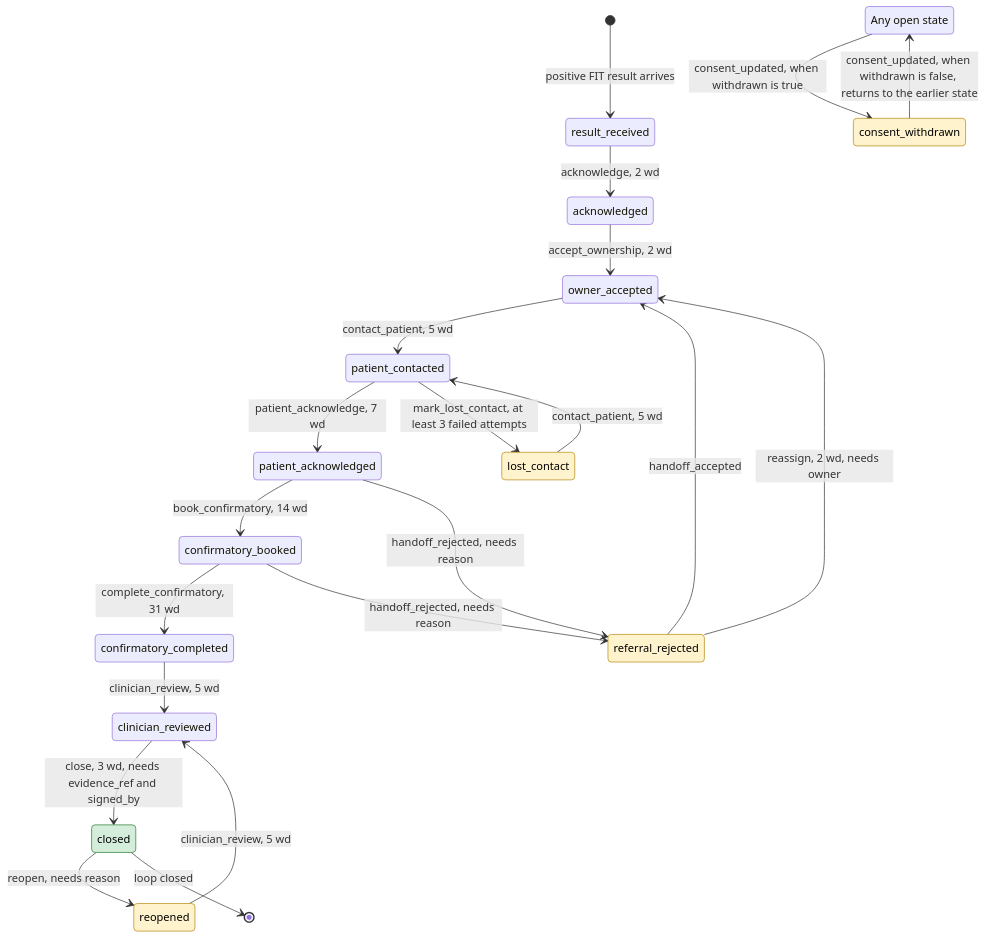
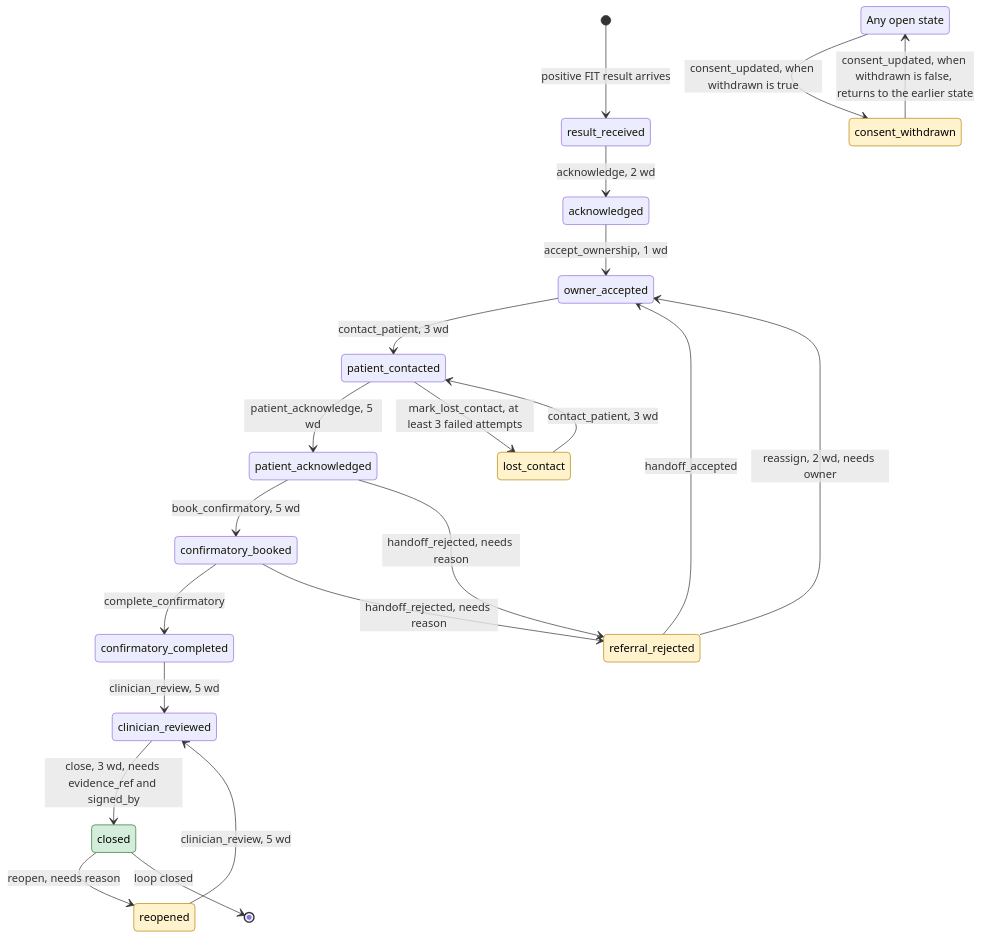
One commit to Nandish3010/screening-closure changed the diagram in docs/review/clinician-pack.md. Above: the diagram before and after it, drawn with Mermaid. The commit also changed other lines of this file and 36 other files, not shown here.

````diff
--- a/docs/review/clinician-pack.md
+++ b/docs/review/clinician-pack.md
@@ -42,28 +42,28 @@
 ```mermaid
 stateDiagram-v2
     state "Any open state" as any_open
     [*] --> result_received : positive FIT result arrives
     result_received --> acknowledged : acknowledge, 2 wd
-    acknowledged --> owner_accepted : accept_ownership, 2 wd
-    owner_accepted --> patient_contacted : contact_patient, 5 wd
-    patient_contacted --> patient_acknowledged : patient_acknowledge, 7 wd
-    patient_acknowledged --> confirmatory_booked : book_confirmatory, 14 wd
-    confirmatory_booked --> confirmatory_completed : complete_confirmatory, 31 wd
+    acknowledged --> owner_accepted : accept_ownership, 1 wd
+    owner_accepted --> patient_contacted : contact_patient, 3 wd
+    patient_contacted --> patient_acknowledged : patient_acknowledge, 5 wd
+    patient_acknowledged --> confirmatory_booked : book_confirmatory, 5 wd
+    confirmatory_booked --> confirmatory_completed : complete_confirmatory
     confirmatory_completed --> clinician_reviewed : clinician_review, 5 wd
     clinician_reviewed --> closed : close, 3 wd, needs evidence_ref and signed_by
     patient_acknowledged --> referral_rejected : handoff_rejected, needs reason
     confirmatory_booked --> referral_rejected : handoff_rejected, needs reason
     referral_rejected --> owner_accepted : handoff_accepted
     referral_rejected --> owner_accepted : reassign, 2 wd, needs owner
     any_open --> consent_withdrawn : consent_updated, when withdrawn is true
     consent_withdrawn --> any_open : consent_updated, when withdrawn is false, returns to the earlier state
     patient_contacted --> lost_contact : mark_lost_contact, at least 3 failed attempts
-    lost_contact --> patient_contacted : contact_patient, 5 wd
+    lost_contact --> patient_contacted : contact_patient, 3 wd
     closed --> reopened : reopen, needs reason
     reopened --> clinician_reviewed : clinician_review, 5 wd
     closed --> [*] : loop closed
     classDef side fill:#fff3cd,stroke:#b8860b,color:#000
     classDef final fill:#d4edda,stroke:#2e7d32,color:#000
     class referral_rejected,consent_withdrawn,lost_contact,reopened side
     class closed final
 ```
````
